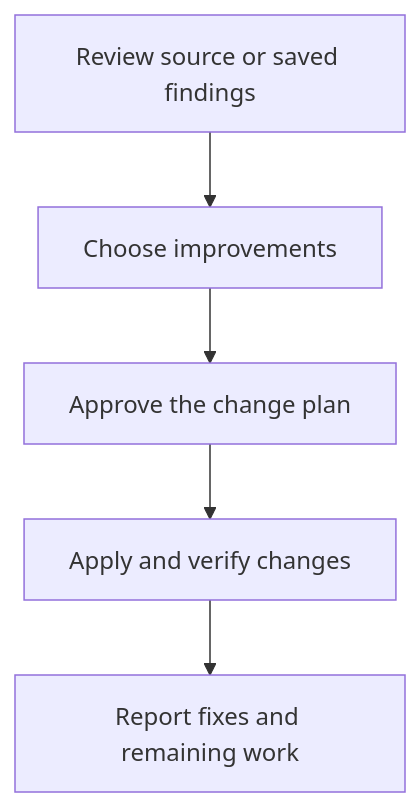
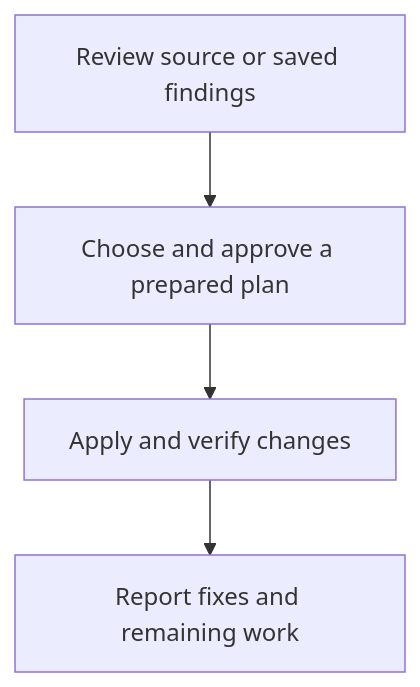
Before and after one commit to myowinthein/agent-helm: the diagram in docs/commands/refactor.md, drawn with Mermaid. The commit also changed other lines of this file and 37 other files, not shown here.

````diff
--- a/docs/commands/refactor.md
+++ b/docs/commands/refactor.md
@@ -17,7 +17,6 @@
 ```mermaid
 flowchart TD
-  Review["Review source or saved findings"] --> Select["Choose improvements"]
-  Select --> Plan["Approve the change plan"]
+  Review["Review source or saved findings"] --> Plan["Choose and approve a prepared plan"]
   Plan --> Work["Apply and verify changes"]
   Work --> Result["Report fixes and remaining work"]
 ```
````
